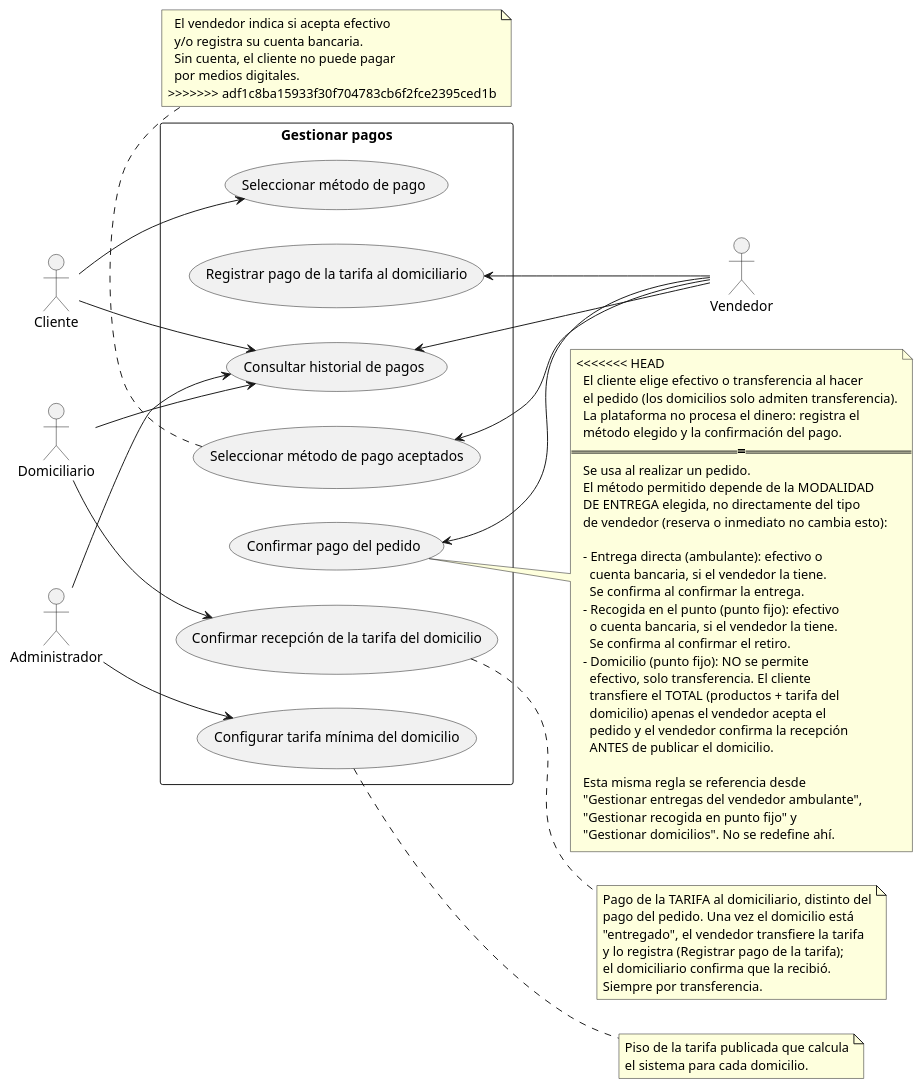
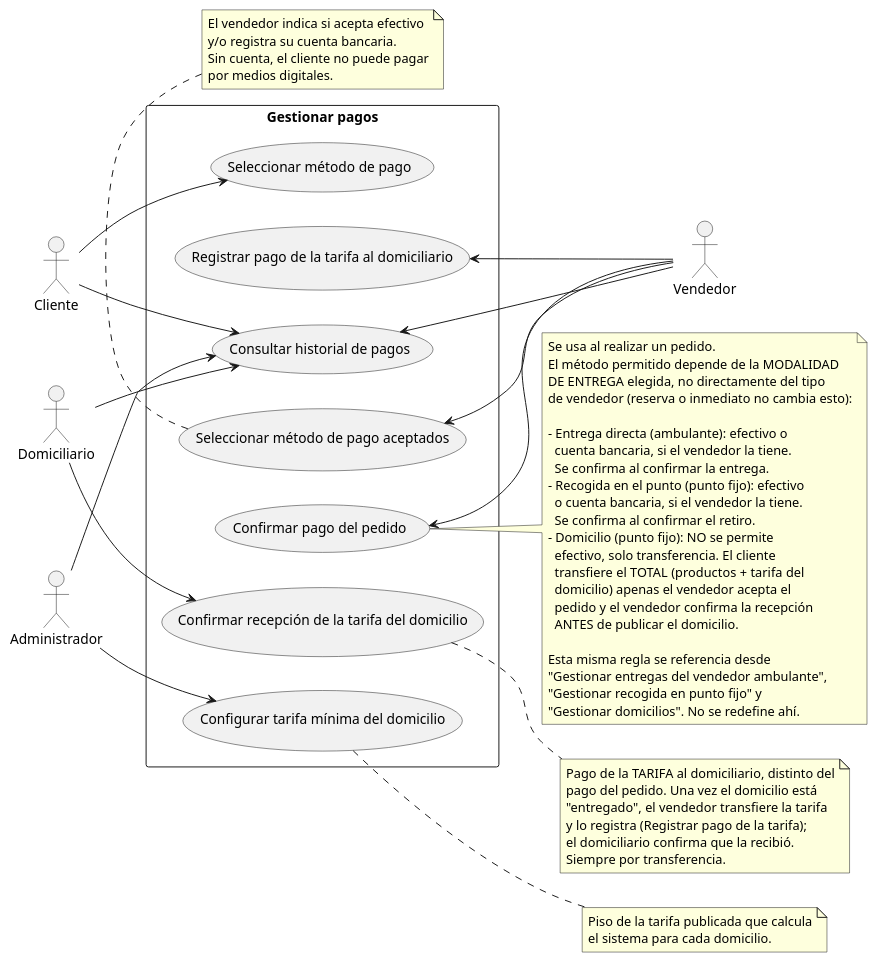
One commit to RAAR-18/napa changed the diagram in casos de uso/gestionar_pagos.puml. Above: the diagram before and after it, drawn with PlantUML. The commit also changed 355 other files, not shown here.

First line of the commit message:
feat: domicilios, notificaciones, entregas del vendedor y gestión del emprendimiento

```diff
--- a/casos de uso/gestionar_pagos.puml
+++ b/casos de uso/gestionar_pagos.puml
@@ -1,87 +1,80 @@
 @startuml
 
 left to right direction
 
 actor "Cliente" as c
 actor "Vendedor" as v
 actor "Domiciliario" as d
 actor "Administrador" as adm
 
 rectangle "Gestionar pagos" {
   usecase "Confirmar pago del pedido" as UC1
   usecase "Confirmar recepción de la tarifa del domicilio" as UC2
   usecase "Registrar pago de la tarifa al domiciliario" as UC7
   usecase "Configurar tarifa mínima del domicilio" as UC3
   usecase "Consultar historial de pagos" as UC4
   usecase "Seleccionar método de pago" as UC5
   usecase "Seleccionar método de pago aceptados" as UC6
 }
 
 UC1 <-- v
 UC4 <-- v
 UC6 <-- v
 UC7 <-- v
 d --> UC2
 adm --> UC3
 
 c --> UC4
 c --> UC5
 
 
 d --> UC4
 adm --> UC4
 
 note right of UC1
-<<<<<<< HEAD
-  El cliente elige efectivo o transferencia al hacer
-  el pedido (los domicilios solo admiten transferencia).
-  La plataforma no procesa el dinero: registra el
-  método elegido y la confirmación del pago.
-=======
   Se usa al realizar un pedido.
   El método permitido depende de la MODALIDAD
   DE ENTREGA elegida, no directamente del tipo
   de vendedor (reserva o inmediato no cambia esto):
 
   - Entrega directa (ambulante): efectivo o
     cuenta bancaria, si el vendedor la tiene.
     Se confirma al confirmar la entrega.
   - Recogida en el punto (punto fijo): efectivo
     o cuenta bancaria, si el vendedor la tiene.
     Se confirma al confirmar el retiro.
   - Domicilio (punto fijo): NO se permite
     efectivo, solo transferencia. El cliente
     transfiere el TOTAL (productos + tarifa del
     domicilio) apenas el vendedor acepta el
     pedido y el vendedor confirma la recepción
     ANTES de publicar el domicilio.
 
   Esta misma regla se referencia desde
   "Gestionar entregas del vendedor ambulante",
   "Gestionar recogida en punto fijo" y
   "Gestionar domicilios". No se redefine ahí.
 end note
 
 note right of UC2
   Pago de la TARIFA al domiciliario, distinto del
   pago del pedido. Una vez el domicilio está
   "entregado", el vendedor transfiere la tarifa
   y lo registra (Registrar pago de la tarifa);
   el domiciliario confirma que la recibió.
   Siempre por transferencia.
 end note
 
 note right of UC3
   Piso de la tarifa publicada que calcula
   el sistema para cada domicilio.
 end note
 
 note bottom of UC6
   El vendedor indica si acepta efectivo
   y/o registra su cuenta bancaria.
   Sin cuenta, el cliente no puede pagar
   por medios digitales.
->>>>>>> adf1c8ba15933f30f704783cb6f2fce2395ced1b
 end note
 
 @enduml
```
